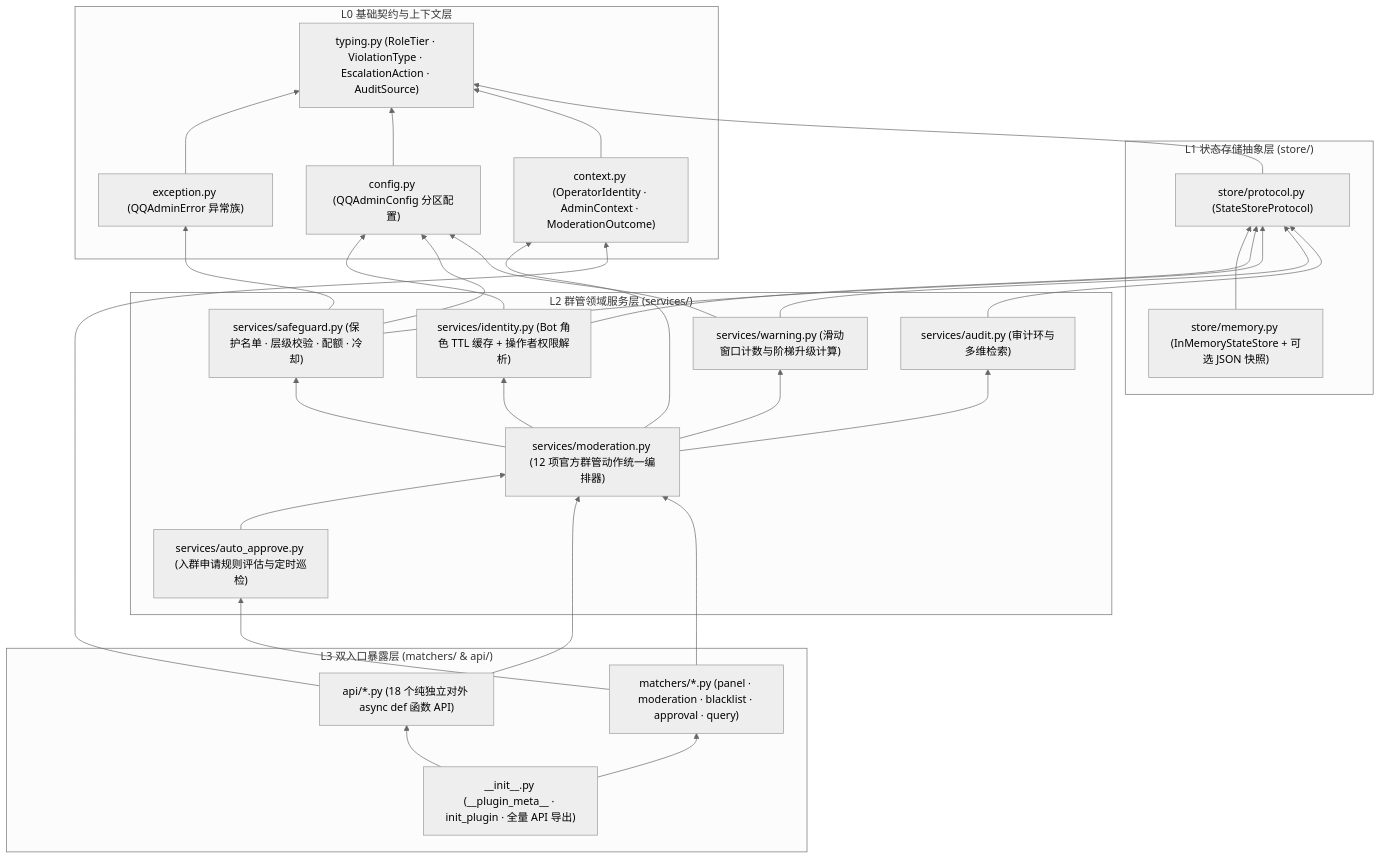
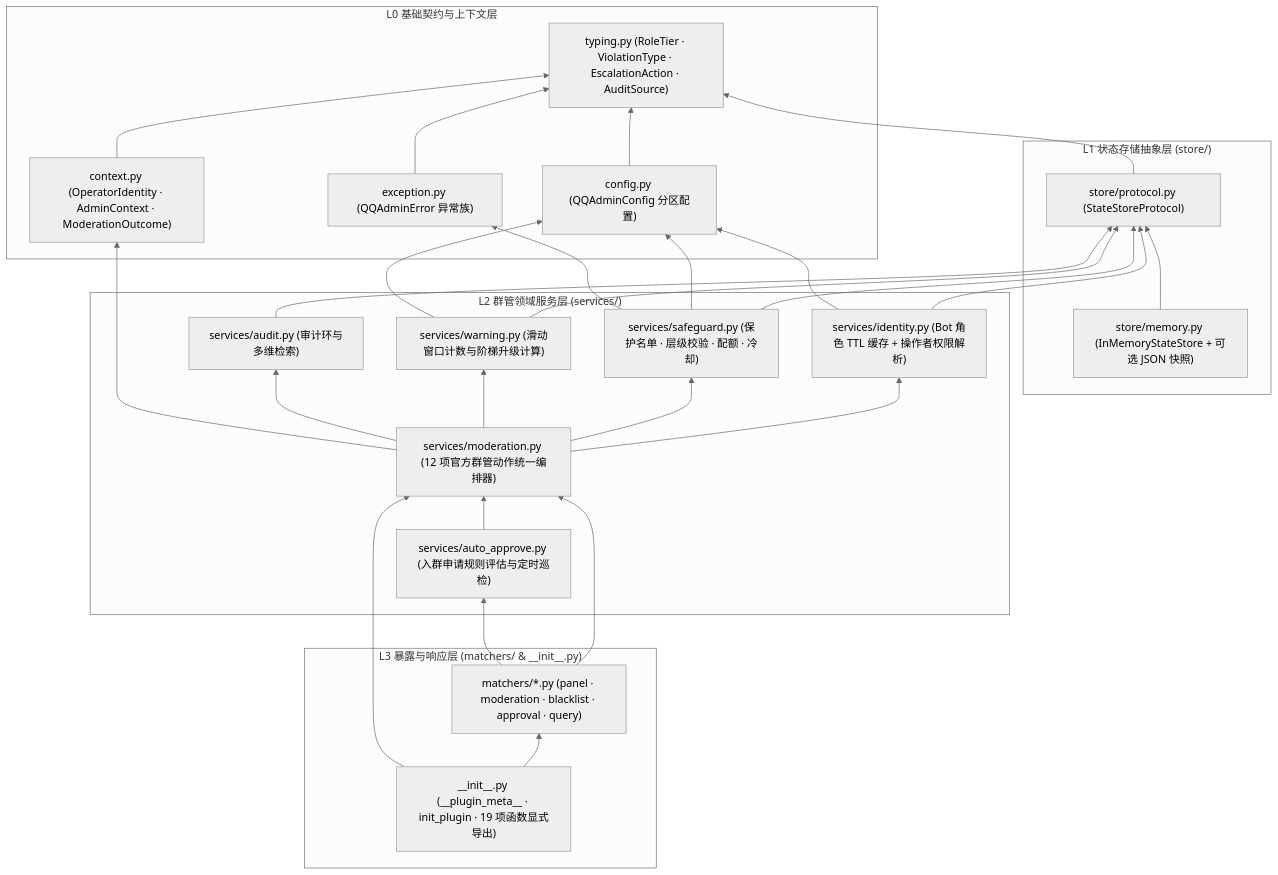
Before and after one commit to jhupo/opsmesh-plugin-qq-admin: the diagram in docs/01-architecture-and-config.md, drawn with Mermaid (neutral theme). The commit also changed 34 other files, not shown here.

````diff
--- a/docs/01-architecture-and-config.md
+++ b/docs/01-architecture-and-config.md
@@ -20,55 +20,52 @@
 ```mermaid
 flowchart BT
     subgraph L0["L0 基础契约与上下文层"]
         TY["typing.py (RoleTier · ViolationType · EscalationAction · AuditSource)"]
         EX["exception.py (QQAdminError 异常族)"]
         CF["config.py (QQAdminConfig 分区配置)"]
         CX["context.py (OperatorIdentity · AdminContext · ModerationOutcome)"]
     end
 
     subgraph L1["L1 状态存储抽象层 (store/)"]
         PR["store/protocol.py (StateStoreProtocol)"]
         MM["store/memory.py (InMemoryStateStore + 可选 JSON 快照)"]
     end
 
     subgraph L2["L2 群管领域服务层 (services/)"]
         ID["services/identity.py (Bot 角色 TTL 缓存 + 操作者权限解析)"]
         SF["services/safeguard.py (保护名单 · 层级校验 · 配额 · 冷却)"]
         WN["services/warning.py (滑动窗口计数与阶梯升级计算)"]
         AU["services/audit.py (审计环与多维检索)"]
         MD["services/moderation.py (12 项官方群管动作统一编排器)"]
         AP["services/auto_approve.py (入群申请规则评估与定时巡检)"]
     end
 
-    subgraph L3["L3 双入口暴露层 (matchers/ & api/)"]
-        TI["api/*.py (18 个纯独立对外 async def 函数 API)"]
+    subgraph L3["L3 暴露与响应层 (matchers/ & __init__.py)"]
         MC["matchers/*.py (panel · moderation · blacklist · approval · query)"]
-        IN["__init__.py (__plugin_meta__ · init_plugin · 全量 API 导出)"]
+        IN["__init__.py (__plugin_meta__ · init_plugin · 19 项函数显式导出)"]
     end
 
     EX --> TY
     CF --> TY
     CX --> TY
     PR --> TY
     MM --> PR
     ID --> PR
     ID --> CF
     SF --> PR
     SF --> CF
     SF --> EX
     WN --> PR
     WN --> CF
     AU --> PR
     MD --> ID
     MD --> SF
     MD --> WN
     MD --> AU
     MD --> CX
     AP --> MD
-    TI --> MD
-    TI --> CX
     MC --> MD
     MC --> AP
     IN --> MC
-    IN --> TI
+    IN --> MD
 ```
````
